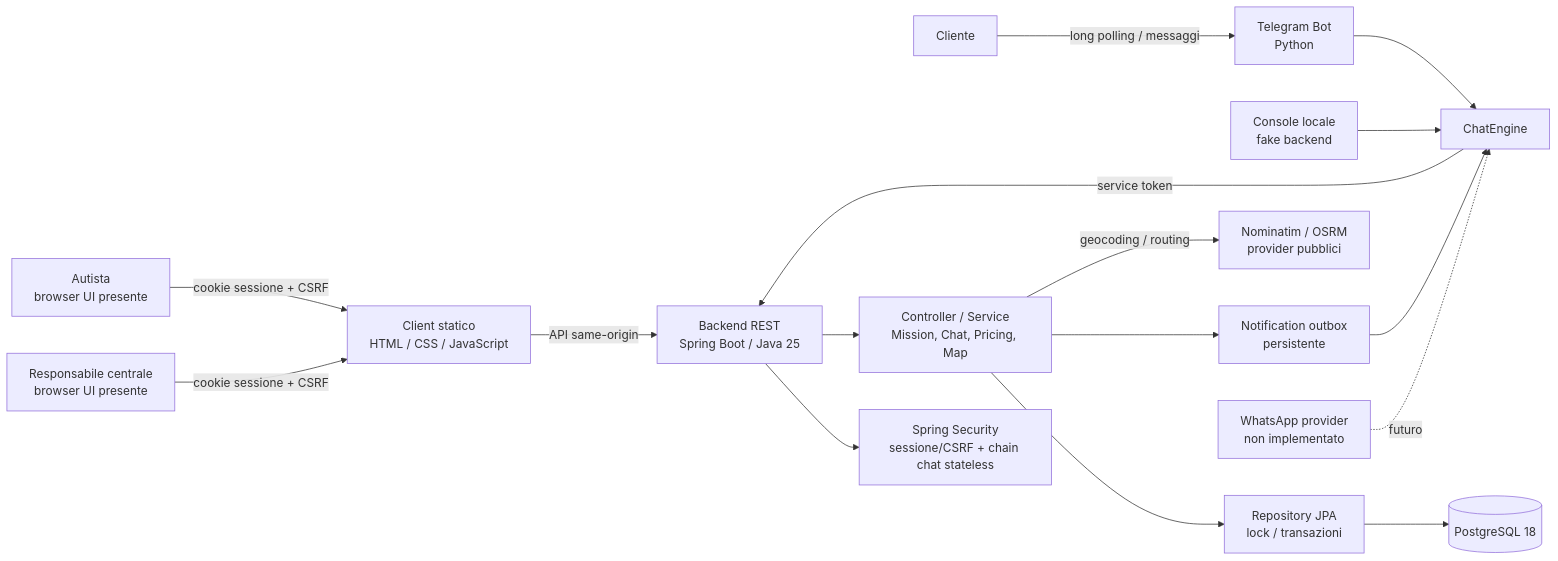
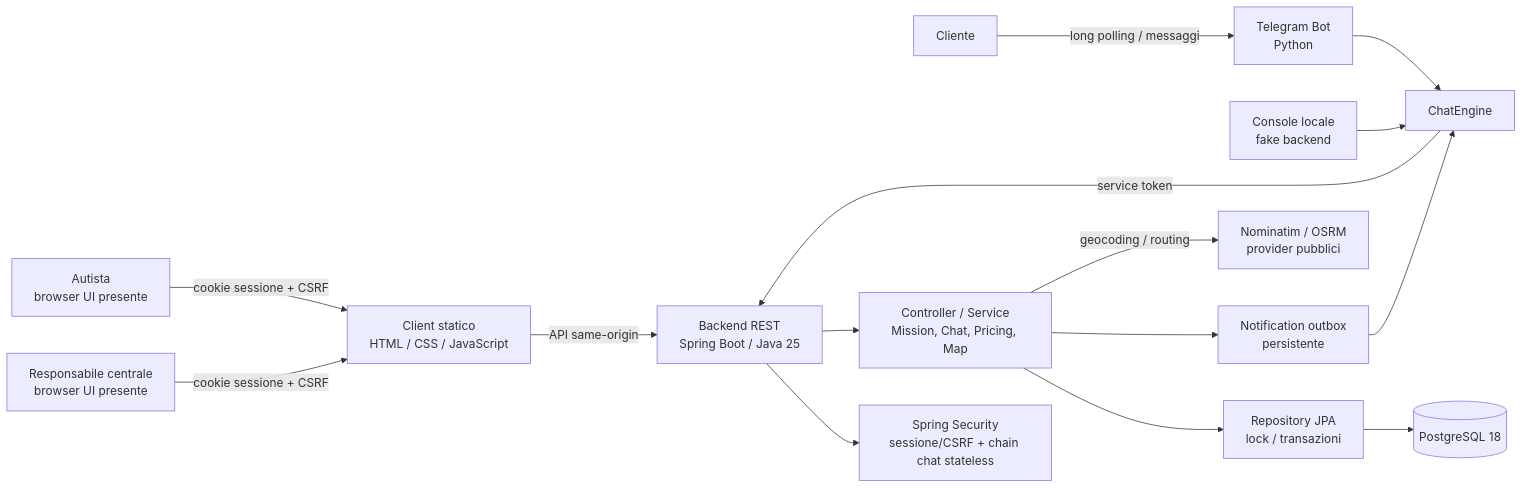
The diagram in docs/diagrams/architecture.mmd (coluccimarco/fornitori-soccorso), drawn with Mermaid before and after one commit. The commit also changed 75 other files, not shown here.

```diff
--- a/docs/diagrams/architecture.mmd
+++ b/docs/diagrams/architecture.mmd
@@ -1,17 +1,16 @@
-%% FORNITORI | runtime integrato | baseline f763d53 | 03/11/2026
+%% FORNITORI | runtime integrato | 04/11/2026
 flowchart LR
     Centrale["Responsabile centrale<br/>browser UI presente"] -->|cookie sessione + CSRF| Web["Client statico<br/>HTML / CSS / JavaScript"]
     Autista["Autista<br/>browser UI presente"] -->|cookie sessione + CSRF| Web
     Web -->|API same-origin| API["Backend REST<br/>Spring Boot / Java 25"]
     Cliente["Cliente"] -->|long polling / messaggi| TG["Telegram Bot<br/>Python"]
     Console["Console locale<br/>fake backend"] --> Bot["ChatEngine"]
     TG --> Bot
     Bot -->|"service token"| API
     API --> Security["Spring Security<br/>sessione/CSRF + chain chat stateless"]
     API --> Services["Controller / Service<br/>Mission, Chat, Pricing, Map"]
     Services --> Repos["Repository JPA<br/>lock / transazioni"]
     Repos --> DB[("PostgreSQL 18")]
     Services --> Outbox["Notification outbox<br/>persistente"]
     Outbox --> Bot
     Services -->|geocoding / routing| Maps["Nominatim / OSRM<br/>provider pubblici"]
-    WA["WhatsApp provider<br/>non implementato"] -. futuro .-> Bot
```
